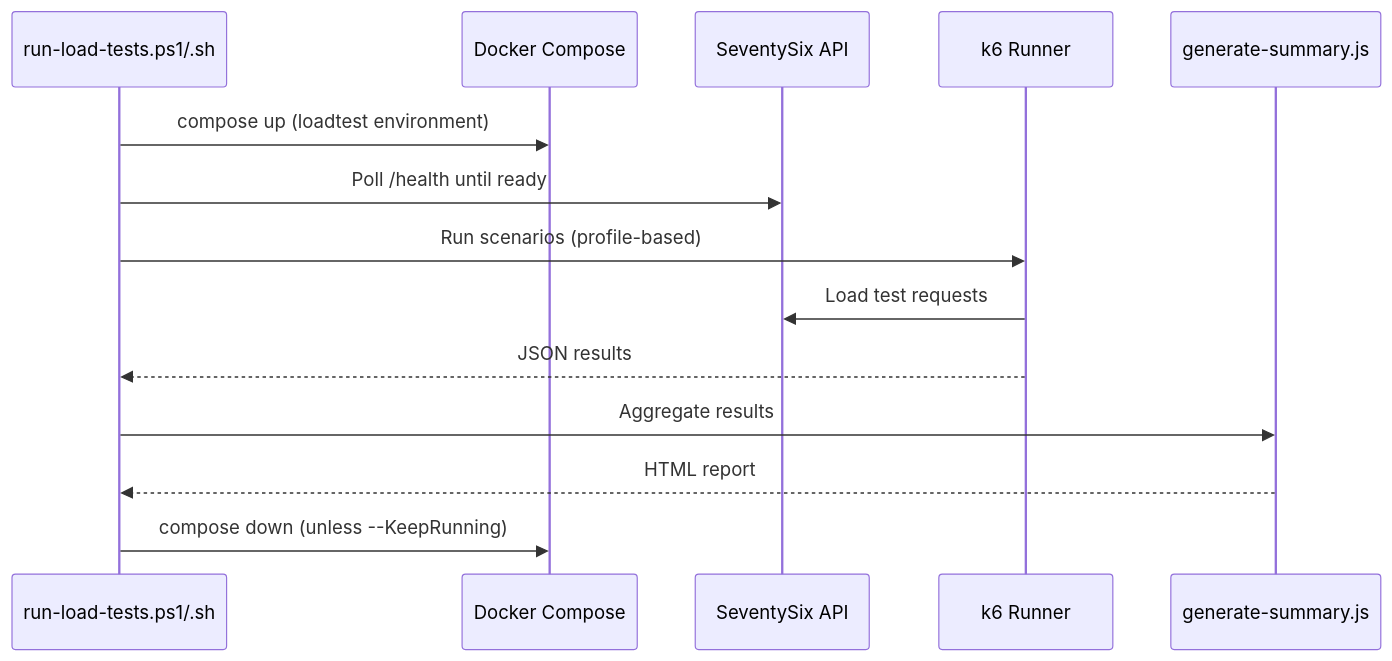
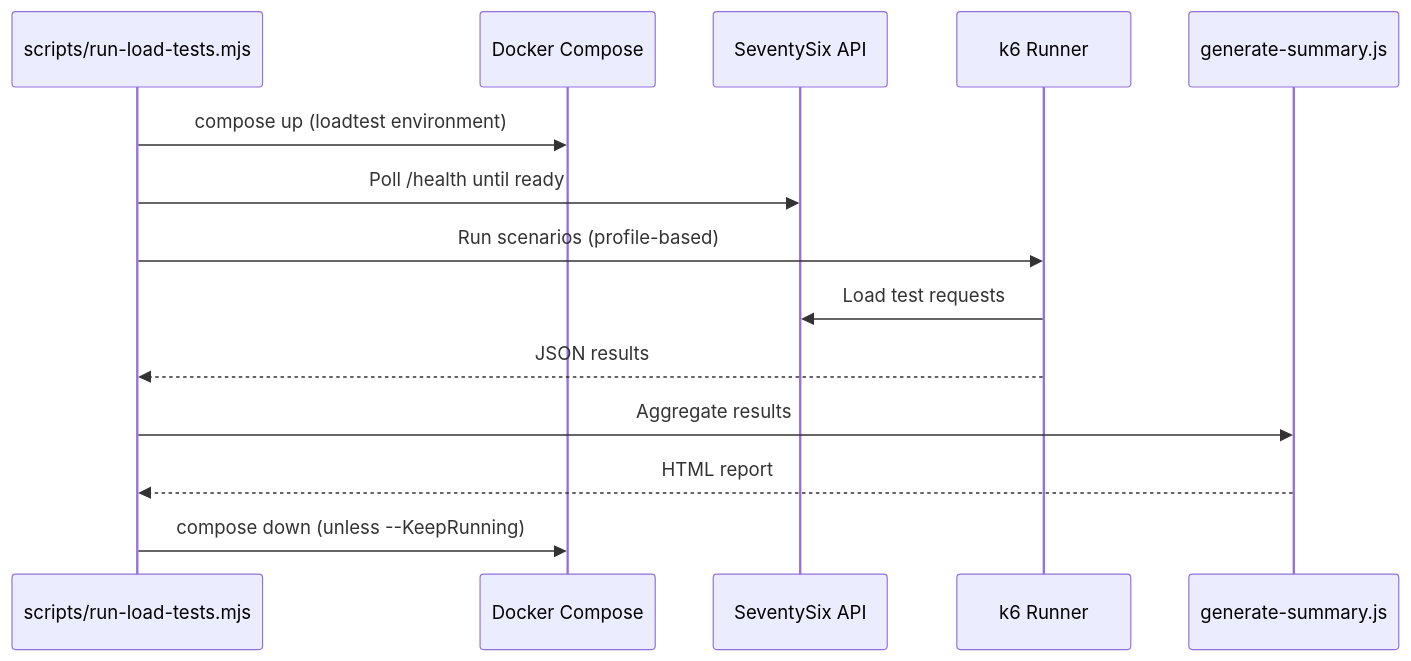
The first of 2 diagrams in SeventySix.Client/load-testing/README.md (actionjacksonthegoat-debug/SeventySix), drawn with Mermaid before and after one commit. The commit also changed other lines of this file and 243 other files, not shown here.

````diff
--- a/SeventySix.Client/load-testing/README.md
+++ b/SeventySix.Client/load-testing/README.md
@@ -9,17 +9,17 @@
 ```mermaid
 sequenceDiagram
-    participant Script as run-load-tests.ps1/.sh
+    participant Script as scripts/run-load-tests.mjs
     participant Docker as Docker Compose
     participant API as SeventySix API
     participant K6 as k6 Runner
     participant Summary as generate-summary.js
 
     Script->>Docker: compose up (loadtest environment)
     Script->>API: Poll /health until ready
     Script->>K6: Run scenarios (profile-based)
     K6->>API: Load test requests
     K6-->>Script: JSON results
     Script->>Summary: Aggregate results
     Summary-->>Script: HTML report
     Script->>Docker: compose down (unless --KeepRunning)
 ```
````
